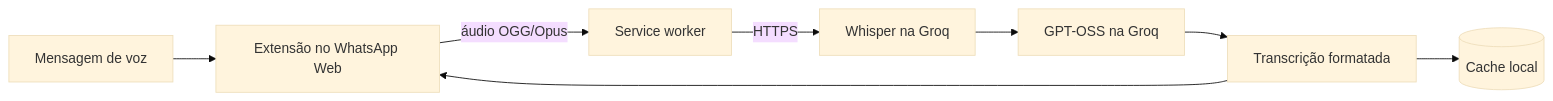
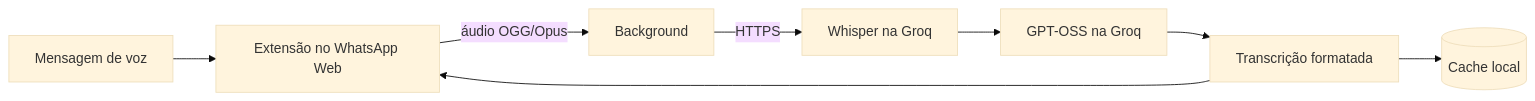
One commit to gabrielMalonso/whatsapp-audio-transcriber changed the diagram in README.md. Above: the diagram before and after it, drawn with Mermaid (base theme). The commit also changed other lines of this file and 17 other files, not shown here.

````diff
--- a/README.md
+++ b/README.md
@@ -48,10 +48,10 @@
 ```mermaid
 flowchart LR
     A[Mensagem de voz] --> B[Extensão no WhatsApp Web]
-    B -->|áudio OGG/Opus| C[Service worker]
+    B -->|áudio OGG/Opus| C[Background]
     C -->|HTTPS| D[Whisper na Groq]
     D --> E[GPT-OSS na Groq]
     E --> F[Transcrição formatada]
     F --> G[(Cache local)]
     F --> B
 ```
````
